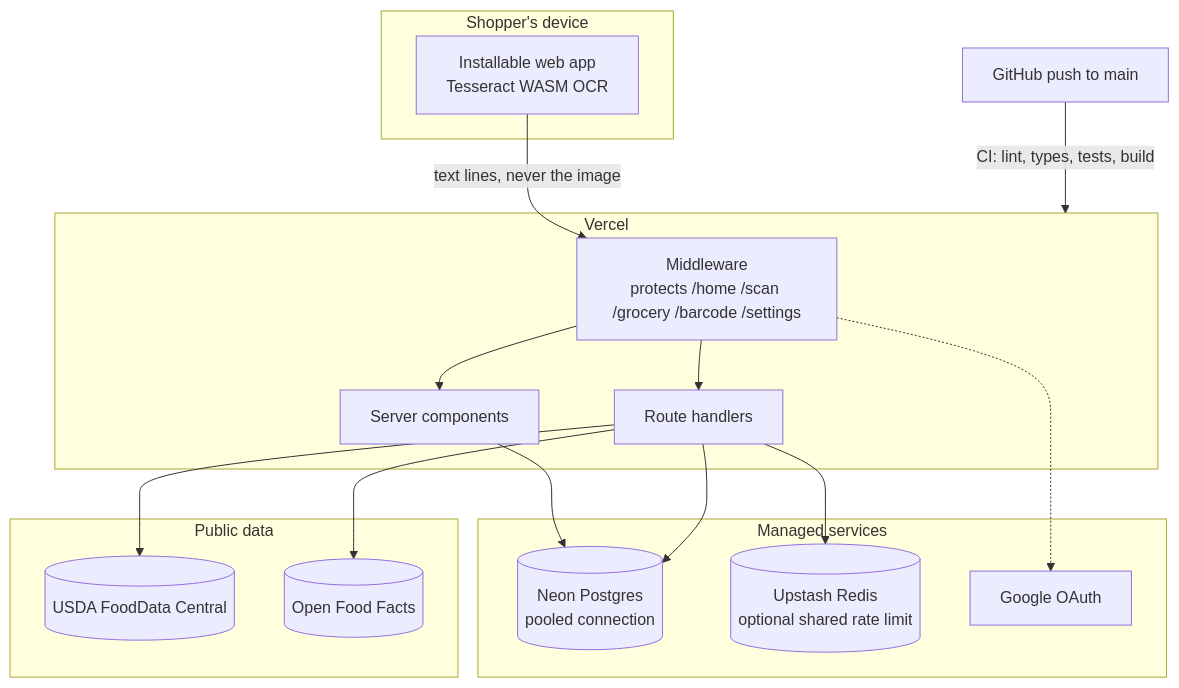
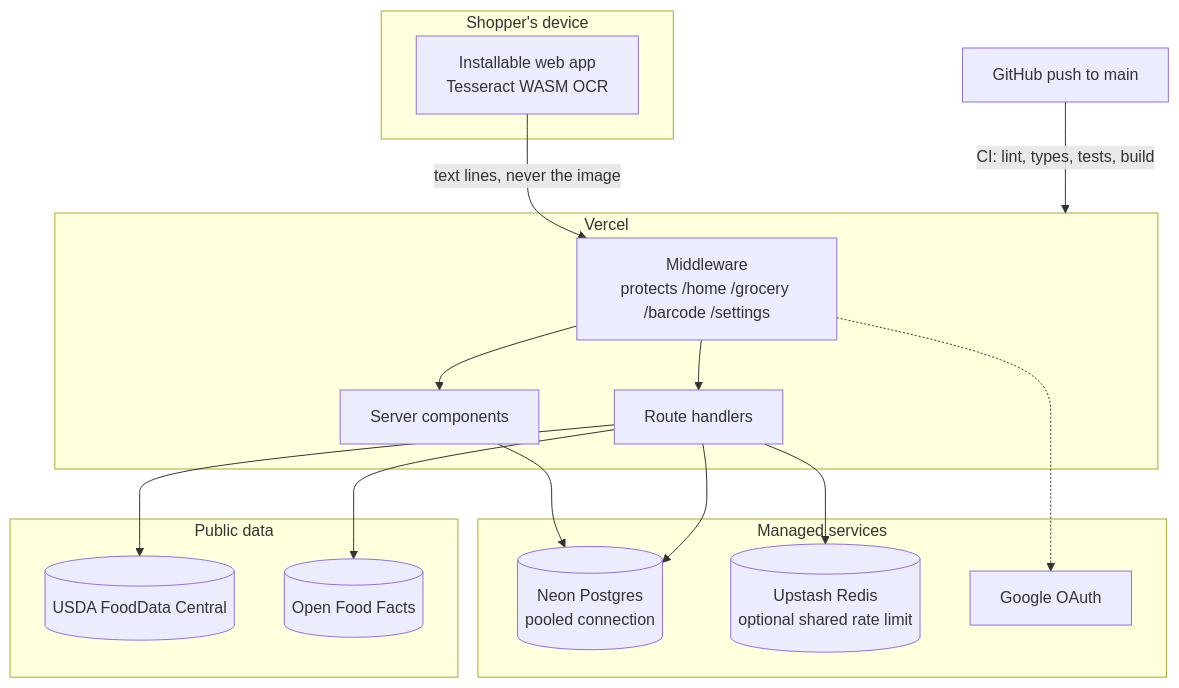
The fourth of 4 diagrams in README.md (kandulanikhilvarma/cartwise), drawn with Mermaid before and after one commit. The commit also changed other lines of this file and 3 other files, not shown here.

````diff
--- a/README.md
+++ b/README.md
@@ -186,30 +195,30 @@
 ```mermaid
 flowchart TB
     subgraph Client["Shopper's device"]
         PWA["Installable web app<br/>Tesseract WASM OCR"]
     end
     subgraph Vercel["Vercel"]
-        EDGE["Middleware<br/>protects /home /scan /grocery /barcode /settings"]
+        EDGE["Middleware<br/>protects /home /grocery /barcode /settings"]
         RSC["Server components"]
         API["Route handlers"]
     end
     subgraph Managed["Managed services"]
         NEON[("Neon Postgres<br/>pooled connection")]
         UPSTASH[("Upstash Redis<br/>optional shared rate limit")]
         GOOGLE["Google OAuth"]
     end
     subgraph Public["Public data"]
         USDA[("USDA FoodData Central")]
         OFF[("Open Food Facts")]
     end
     PWA -->|"text lines, never the image"| EDGE
     EDGE --> RSC
     EDGE --> API
     RSC --> NEON
     API --> NEON
     API --> UPSTASH
     API --> USDA
     API --> OFF
     EDGE -.-> GOOGLE
     GH["GitHub push to main"] -->|"CI: lint, types, tests, build"| Vercel
 ```
````
